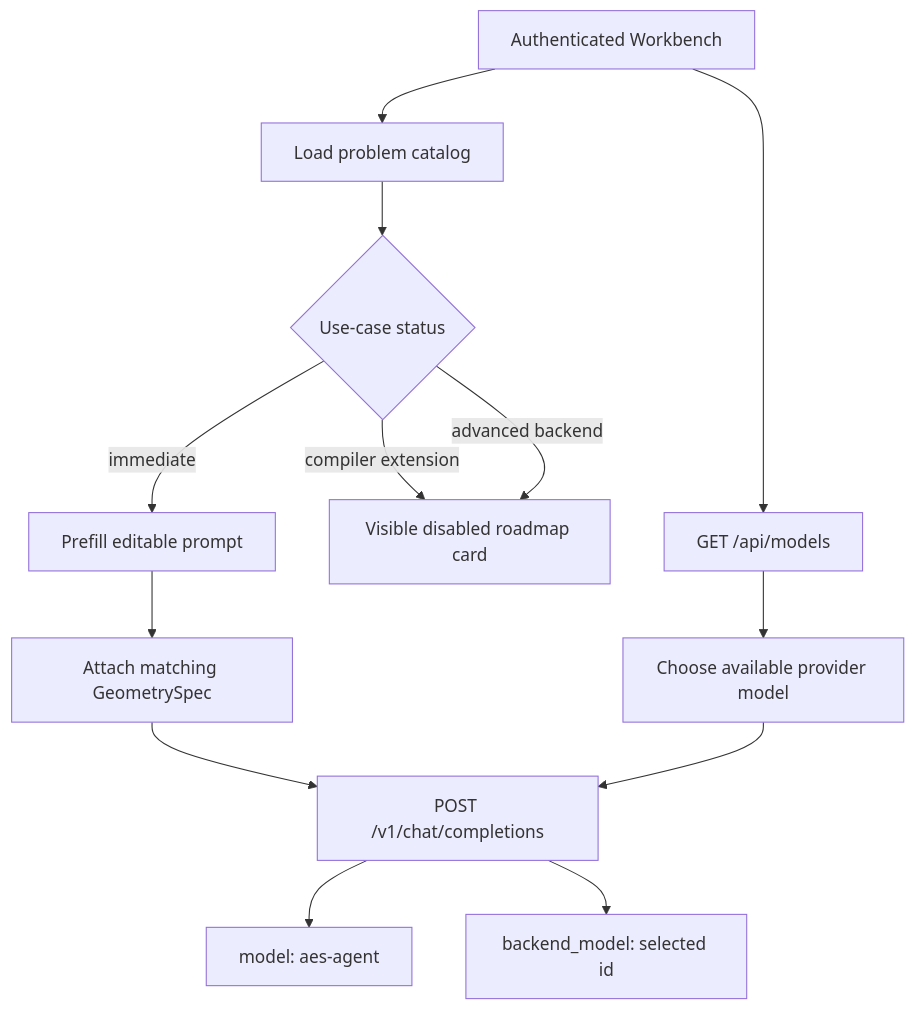
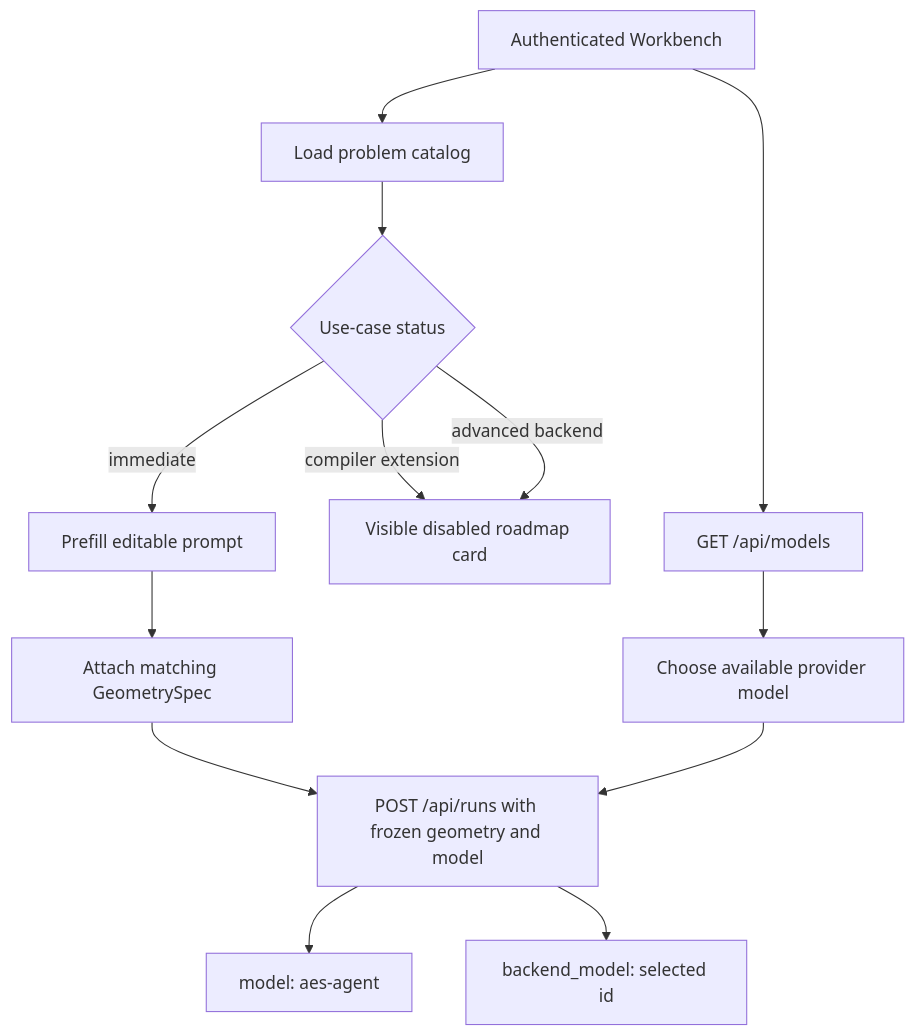
The seventh of 10 diagrams in web-ui/architecture.md (RadmirG/AES), drawn with Mermaid before and after one commit. The commit also changed other lines of this file and 23 other files, not shown here.

Commit message:
New recovery flow after browser refresh

````diff
--- a/web-ui/architecture.md
+++ b/web-ui/architecture.md
@@ -258,15 +285,15 @@
 ```mermaid
 flowchart TD
     A["Authenticated Workbench"] --> B["Load problem catalog"]
     A --> C["GET /api/models"]
     B --> D{"Use-case status"}
     D -->|immediate| E["Prefill editable prompt"]
     E --> F["Attach matching GeometrySpec"]
     D -->|compiler extension| G["Visible disabled roadmap card"]
     D -->|advanced backend| G
     C --> H["Choose available provider model"]
-    F --> I["POST /v1/chat/completions"]
+    F --> I["POST /api/runs with frozen geometry and model"]
     H --> I
     I --> J["model: aes-agent"]
     I --> K["backend_model: selected id"]
 ```
````
